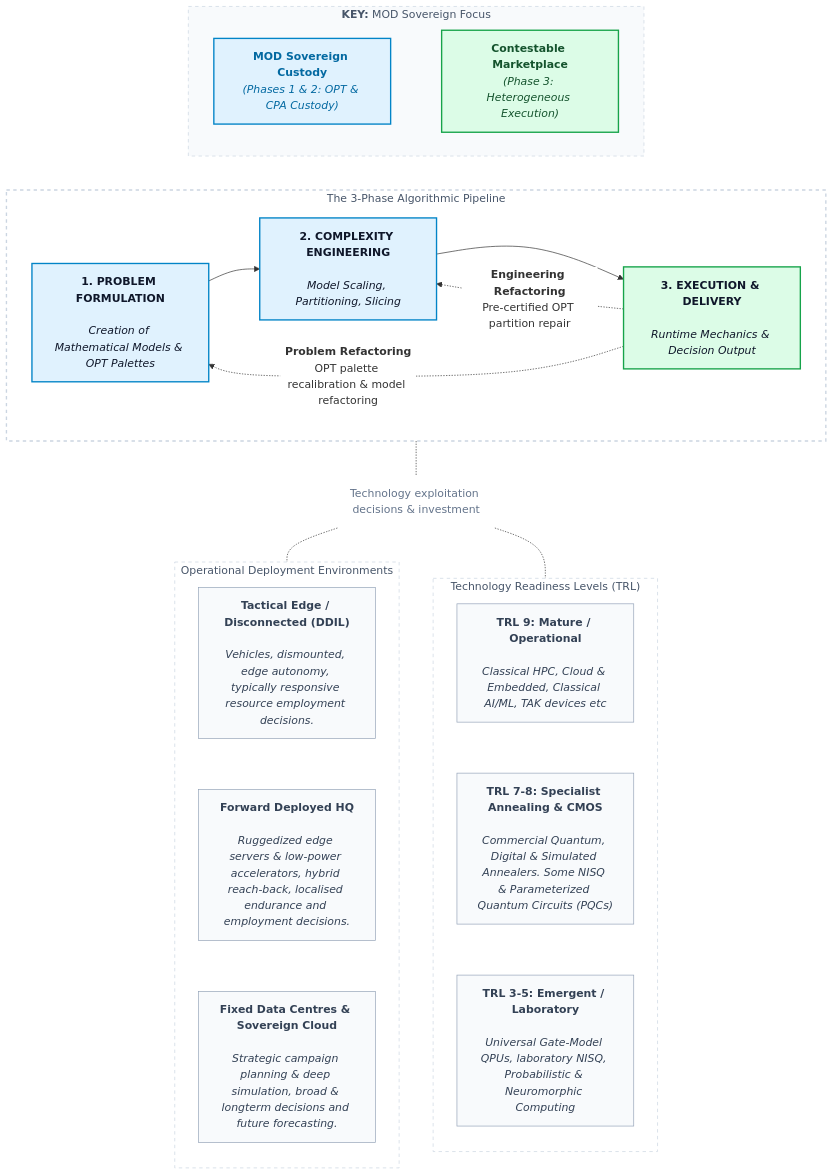
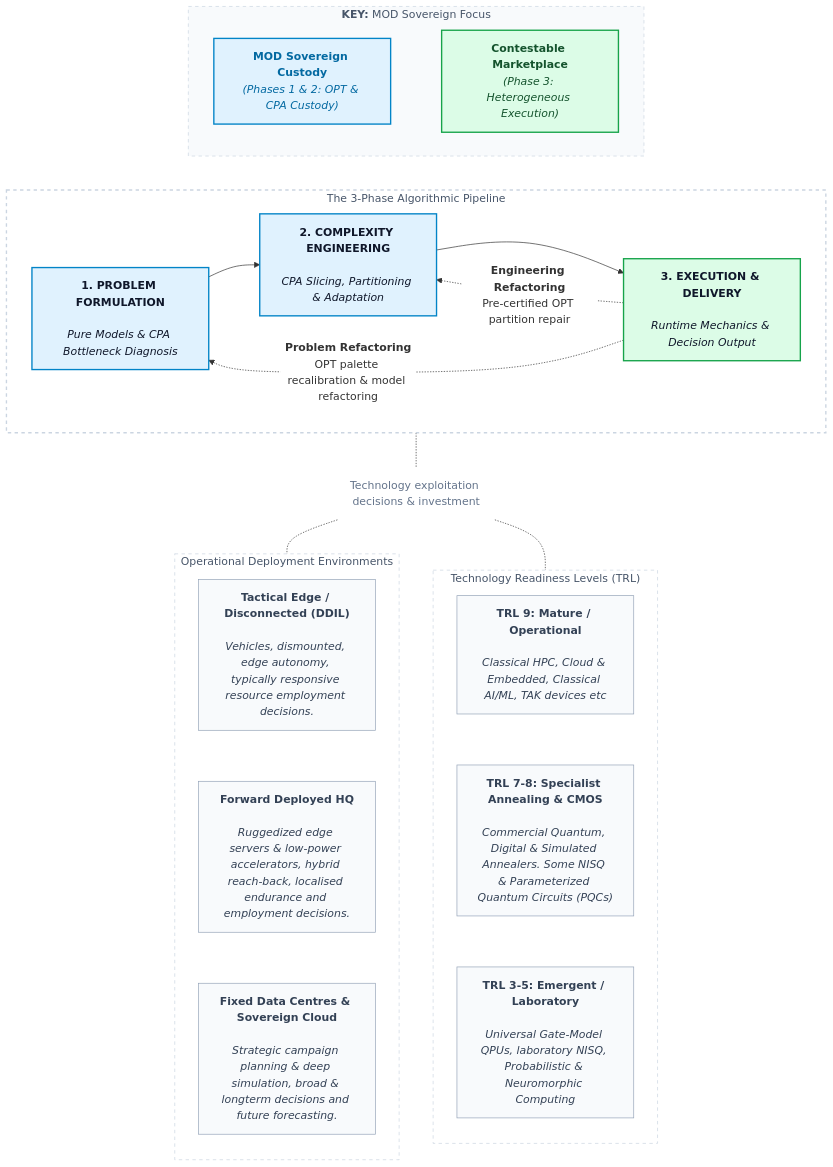
One commit to baddogdown/knowledge changed the third of 6 diagrams in quantum/The_Emergent_Algorithmic_Bridge.md. Above: the diagram before and after it, drawn with Mermaid. The commit also changed other lines of this file, not shown here.

````diff
--- a/quantum/The_Emergent_Algorithmic_Bridge.md
+++ b/quantum/The_Emergent_Algorithmic_Bridge.md
@@ -266,81 +266,81 @@
 ```mermaid
 %%{init: {'themeVariables': {'edgeLabelBackground': '#ffffff'}}}%%
 flowchart TB
 
     %% ==========================================
     %% TOP SECTION: KEY Above Pipeline for Full Width
     %% ==========================================
     subgraph KEY ["<b>KEY:</b> MOD Sovereign Focus"]
         direction LR
         K1["<b>MOD Sovereign Custody</b><br/><i>(Phases 1 & 2: OPT & CPA Custody)</i>"]
         K2["<b>Contestable Marketplace</b><br/><i>(Phase 3: Heterogeneous Execution)</i>"]
         K1 ~~~ K2
     end
 
     %% ==========================================
     %% PIPELINE SECTION: Full-Width 3-Phase Pipeline
     %% ==========================================
     subgraph PHASES ["The 3-Phase Algorithmic Pipeline"]
         direction LR
-        P1["<b>1. PROBLEM FORMULATION</b><br/><br/><i>Creation of Mathematical Models & OPT Palettes</i>"] --> P2["<b>2. COMPLEXITY ENGINEERING</b><br/><br/><i>Model Scaling, Partitioning, Slicing</i>"] --> P3["<b>3. EXECUTION & DELIVERY</b><br/><br/><i>Runtime Mechanics & Decision Output</i>"]
+        P1["<b>1. PROBLEM FORMULATION</b><br/><br/><i>Pure Models & CPA Bottleneck Diagnosis</i>"] --> P2["<b>2. COMPLEXITY ENGINEERING</b><br/><br/><i>CPA Slicing, Partitioning & Adaptation</i>"] --> P3["<b>3. EXECUTION & DELIVERY</b><br/><br/><i>Runtime Mechanics & Decision Output</i>"]
 
         P3 -.->|"<b>Engineering Refactoring</b><br/>Pre-certified OPT partition repair"| P2
         P3 -.->|"<b>Problem Refactoring</b><br/>OPT palette recalibration & model refactoring"| P1
     end
 
     KEY ~~~ PHASES
 
     %% ==========================================
     %% MIDDLE SECTION: Divider 
     %% ==========================================
     DIVIDER["Technology exploitation decisions & investment"]
     PHASES -.- DIVIDER
 
     %% ==========================================
     %% BOTTOM SECTION: Side-by-Side Columns
     %% ==========================================
     subgraph TRL_AXIS ["Technology Readiness Levels (TRL)"]
         direction TB
         T1["<b>TRL 9: Mature / Operational</b><br/><br/><i>Classical HPC, Cloud & Embedded, Classical AI/ML, TAK devices etc</i>"]
         T2["<b>TRL 7-8: Specialist Annealing & CMOS</b><br/><br/><i>Commercial Quantum, Digital & Simulated Annealers. Some NISQ & Parameterized Quantum Circuits (PQCs)</i>"]
         T3["<b>TRL 3-5: Emergent / Laboratory</b><br/><br/><i>Universal Gate-Model QPUs, laboratory NISQ, Probabilistic & Neuromorphic Computing</i>"]
         T1 ~~~ T2 ~~~ T3
     end
 
     subgraph DEP_AXIS ["Operational Deployment Environments"]
         direction TB
         D1["<b>Tactical Edge / Disconnected (DDIL)</b><br/><br/><i>Vehicles, dismounted, edge autonomy, typically responsive resource employment decisions.</i>"]
         D2["<b>Forward Deployed HQ</b><br/><br/><i>Ruggedized edge servers & low-power accelerators, hybrid reach-back, localised endurance and employment decisions.</i>"]
         D3["<b>Fixed Data Centres & Sovereign Cloud</b><br/><br/><i>Strategic campaign planning & deep simulation, broad & longterm decisions and future forecasting.</i>"]
         D1 ~~~ D2 ~~~ D3
     end
 
     %% Fork to the top nodes to enforce side-by-side columns
     DIVIDER -.- T1
     DIVIDER -.- D1
 
     %% ==========================================
     %% STYLING
     %% ==========================================
     style KEY fill:#f8fafc,stroke:#cbd5e1,stroke-width:1px,stroke-dasharray: 5 5,color:#475569
     style K1 fill:#e0f2fe,stroke:#0284c7,stroke-width:2px,color:#0369a1
     style K2 fill:#dcfce7,stroke:#16a34a,stroke-width:2px,color:#14532d
 
     style PHASES fill:#ffffff,stroke:#cbd5e1,stroke-width:2px,stroke-dasharray: 5 5,color:#475569
     style P1 fill:#e0f2fe,stroke:#0284c7,stroke-width:2px,color:#0f172a
     style P2 fill:#e0f2fe,stroke:#0284c7,stroke-width:2px,color:#0f172a
     style P3 fill:#dcfce7,stroke:#16a34a,stroke-width:2px,color:#0f172a
 
     style DIVIDER fill:none,stroke:none,color:#64748b
 
     style TRL_AXIS fill:#ffffff,stroke:#cbd5e1,stroke-width:1px,stroke-dasharray: 5 5,color:#475569
     style DEP_AXIS fill:#ffffff,stroke:#cbd5e1,stroke-width:1px,stroke-dasharray: 5 5,color:#475569
 
     style T1 fill:#f8fafc,stroke:#94a3b8,stroke-width:1px,color:#334155
     style T2 fill:#f8fafc,stroke:#94a3b8,stroke-width:1px,color:#334155
     style T3 fill:#f8fafc,stroke:#94a3b8,stroke-width:1px,color:#334155
 
     style D1 fill:#f8fafc,stroke:#94a3b8,stroke-width:1px,color:#334155
     style D2 fill:#f8fafc,stroke:#94a3b8,stroke-width:1px,color:#334155
     style D3 fill:#f8fafc,stroke:#94a3b8,stroke-width:1px,color:#334155
 ```
````
